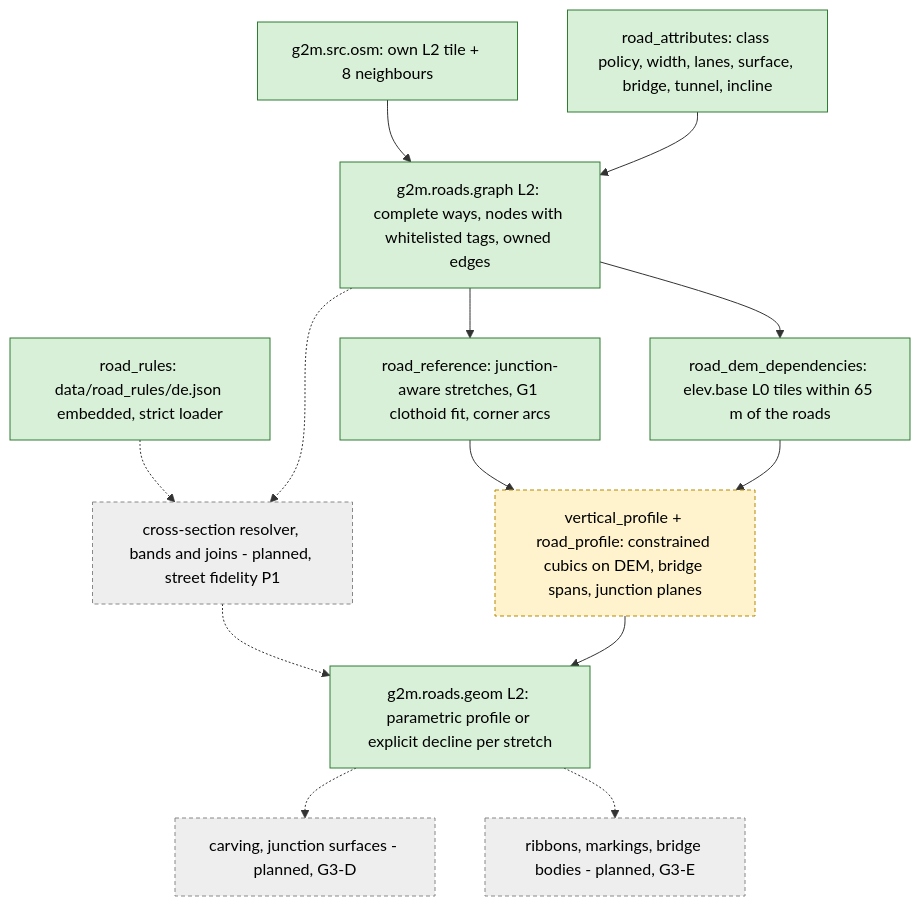
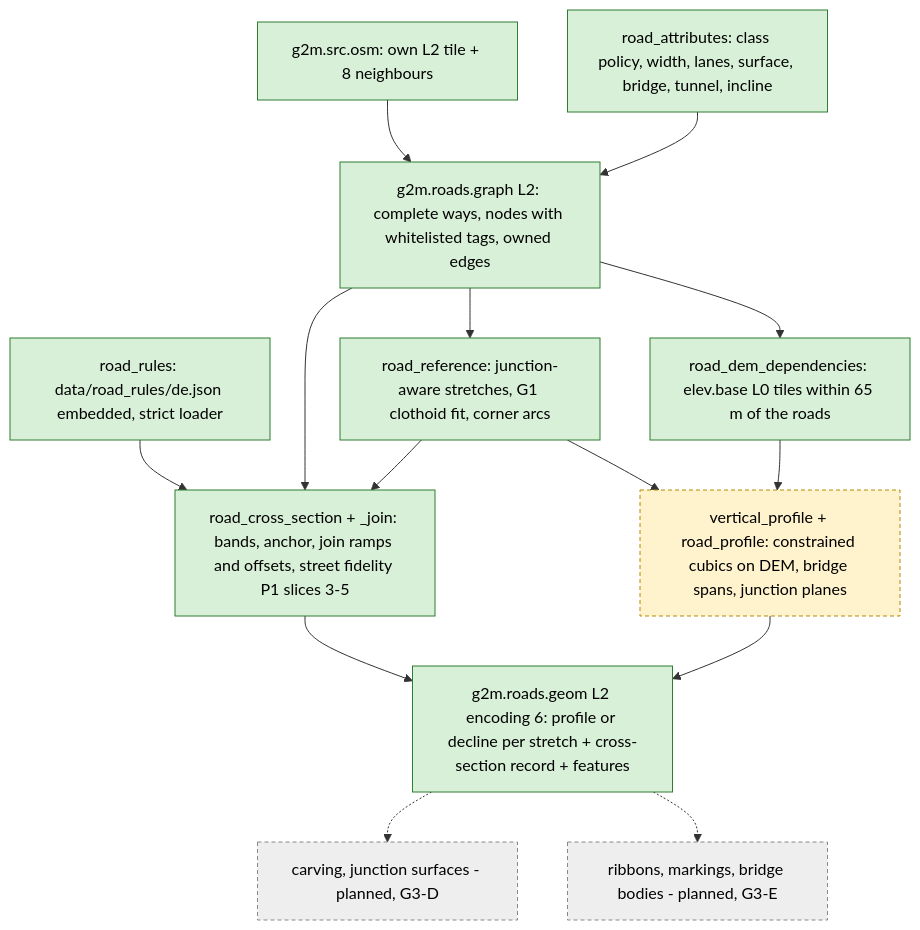
The diagram in docs/pipeline/roads.md (SebastianDanielFrenz/geo2map_engine), drawn with Mermaid before and after one commit. The commit also changed other lines of this file and 24 other files, not shown here.

````diff
--- a/docs/pipeline/roads.md
+++ b/docs/pipeline/roads.md
@@ -7,30 +7,31 @@
 ```mermaid
 flowchart TD
   OSM9["g2m.src.osm: own L2 tile + 8 neighbours"]
   ATTR["road_attributes: class policy, width, lanes, surface, bridge, tunnel, incline"]
   GRAPH["g2m.roads.graph L2: complete ways, nodes with whitelisted tags, owned edges"]
   RULES["road_rules: data/road_rules/de.json embedded, strict loader"]
-  XS["cross-section resolver, bands and joins - planned, street fidelity P1"]
+  XS["road_cross_section + _join: bands, anchor, join ramps and offsets, street fidelity P1 slices 3-5"]
   REF["road_reference: junction-aware stretches, G1 clothoid fit, corner arcs"]
   DEMDEP["road_dem_dependencies: elev.base L0 tiles within 65 m of the roads"]
   PROF["vertical_profile + road_profile: constrained cubics on DEM, bridge spans, junction planes"]
-  GEOM["g2m.roads.geom L2: parametric profile or explicit decline per stretch"]
+  GEOM["g2m.roads.geom L2 encoding 6: profile or decline per stretch + cross-section record + features"]
   CARVE["carving, junction surfaces - planned, G3-D"]
   RIB["ribbons, markings, bridge bodies - planned, G3-E"]
   OSM9 --> GRAPH
   ATTR --> GRAPH
   GRAPH --> REF --> PROF
   GRAPH --> DEMDEP --> PROF
-  RULES -.-> XS
-  GRAPH -.-> XS
-  XS -.-> GEOM
+  RULES --> XS
+  GRAPH --> XS
+  REF --> XS
+  XS --> GEOM
   PROF --> GEOM
   GEOM -.-> CARVE
   GEOM -.-> RIB
   classDef done fill:#d8f0d8,stroke:#2e7d32,color:#000;
   classDef part fill:#fff3cd,stroke:#b58900,stroke-dasharray:4 3,color:#000;
   classDef plan fill:#eeeeee,stroke:#888888,stroke-dasharray:4 3,color:#000;
-  class OSM9,ATTR,GRAPH,REF,DEMDEP,GEOM,RULES done;
+  class OSM9,ATTR,GRAPH,REF,DEMDEP,GEOM,RULES,XS done;
   class PROF part;
-  class CARVE,RIB,XS plan;
+  class CARVE,RIB plan;
 ```
````
